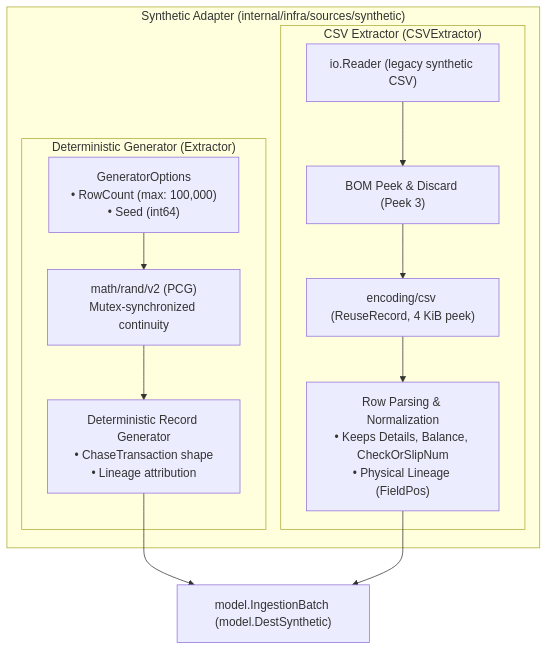
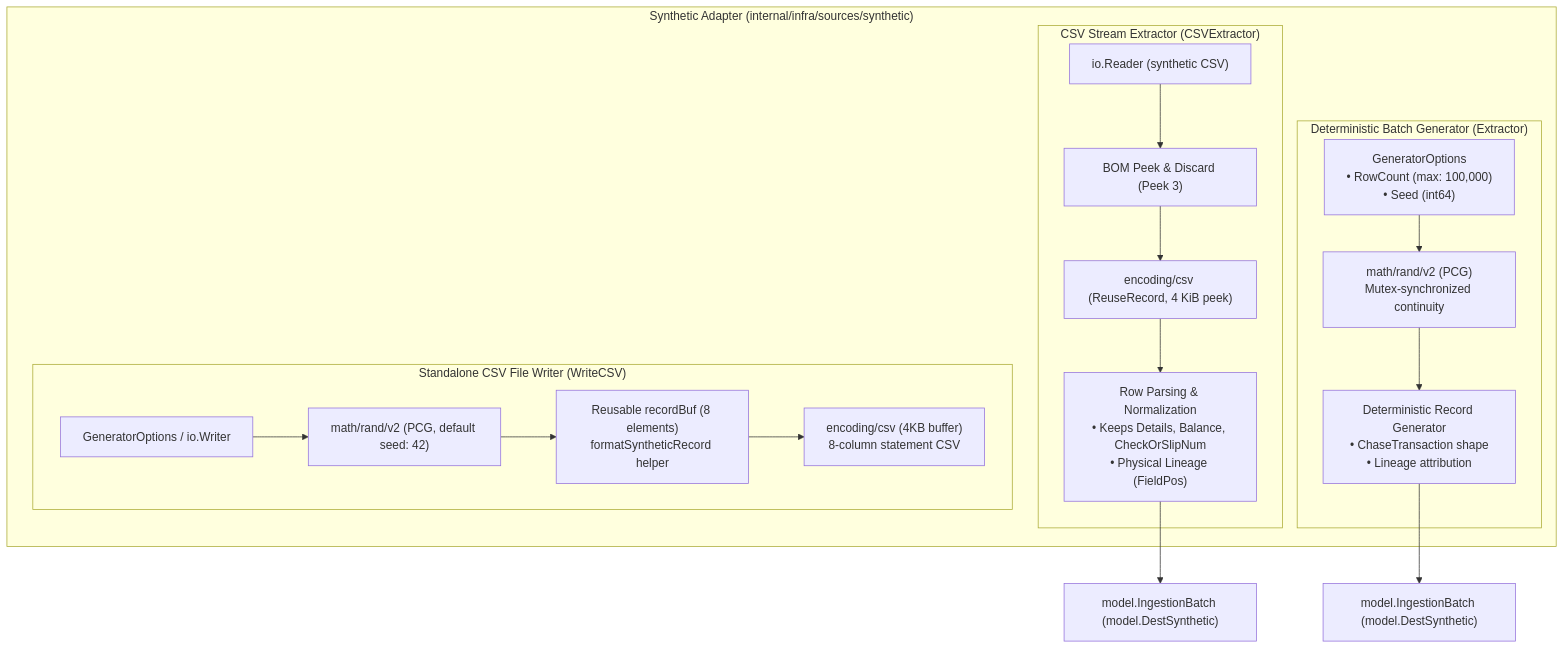
Before and after one commit to ajponte/babylon_data_loader: the diagram in docs/specs/architecture/synthetic-adapter.md, drawn with Mermaid. The commit also changed other lines of this file and 12 other files, not shown here.

Commit message:
feat(synthetic): relocate synthetic CSV writer and retire legacy synthetic package (Phase 5D) (#108)

````diff
--- a/docs/specs/architecture/synthetic-adapter.md
+++ b/docs/specs/architecture/synthetic-adapter.md
@@ -16,23 +17,33 @@
 ```mermaid
 flowchart TD
     subgraph SyntheticPackage ["Synthetic Adapter (internal/infra/sources/synthetic)"]
-        subgraph GeneratorEngine ["Deterministic Generator (Extractor)"]
-            OPT["GeneratorOptions<br/>• RowCount (max: 100,000)<br/>• Seed (int64)"]
-            PRNG["math/rand/v2 (PCG)<br/>Mutex-synchronized continuity"]
-            GEN["Deterministic Record Generator<br/>• ChaseTransaction shape<br/>• Lineage attribution"]
+        subgraph GeneratorEngine ["Deterministic Batch Generator (Extractor)"]
+            OPT1["GeneratorOptions<br/>• RowCount (max: 100,000)<br/>• Seed (int64)"]
+            PRNG1["math/rand/v2 (PCG)<br/>Mutex-synchronized continuity"]
+            GEN1["Deterministic Record Generator<br/>• ChaseTransaction shape<br/>• Lineage attribution"]
         end
 
-        subgraph StreamParser ["CSV Extractor (CSVExtractor)"]
-            STREAM["io.Reader (legacy synthetic CSV)"]
+        subgraph StreamParser ["CSV Stream Extractor (CSVExtractor)"]
+            STREAM["io.Reader (synthetic CSV)"]
             BOM["BOM Peek & Discard (Peek 3)"]
             CSV["encoding/csv (ReuseRecord, 4 KiB peek)"]
             ROW["Row Parsing & Normalization<br/>• Keeps Details, Balance, CheckOrSlipNum<br/>• Physical Lineage (FieldPos)"]
         end
+
+        subgraph WriterEngine ["Standalone CSV File Writer (WriteCSV)"]
+            OPT2["GeneratorOptions / io.Writer"]
+            PRNG2["math/rand/v2 (PCG, default seed: 42)"]
+            BUF["Reusable recordBuf (8 elements)<br/>formatSyntheticRecord helper"]
+            OUT["encoding/csv (4KB buffer)<br/>8-column statement CSV"]
+        end
     end
 
-    OPT --> PRNG
-    PRNG --> GEN
-    GEN --> BATCH["model.IngestionBatch (model.DestSynthetic)"]
+    OPT1 --> PRNG1
+    PRNG1 --> GEN1
+    GEN1 --> BATCH1["model.IngestionBatch (model.DestSynthetic)"]
 
-    STREAM --> BOM --> CSV --> ROW --> BATCH
+    STREAM --> BOM --> CSV --> ROW --> BATCH2["model.IngestionBatch (model.DestSynthetic)"]
+
+    OPT2 --> PRNG2
+    PRNG2 --> BUF --> OUT
 ```
````
